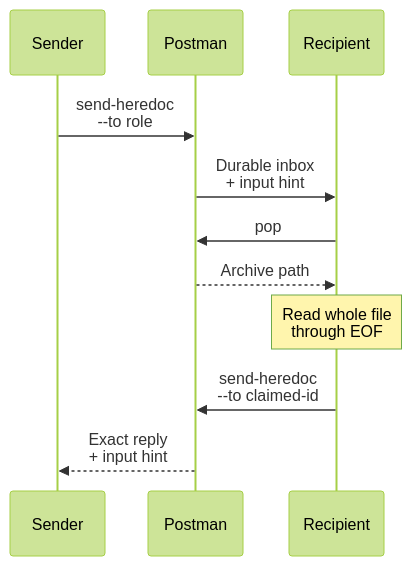
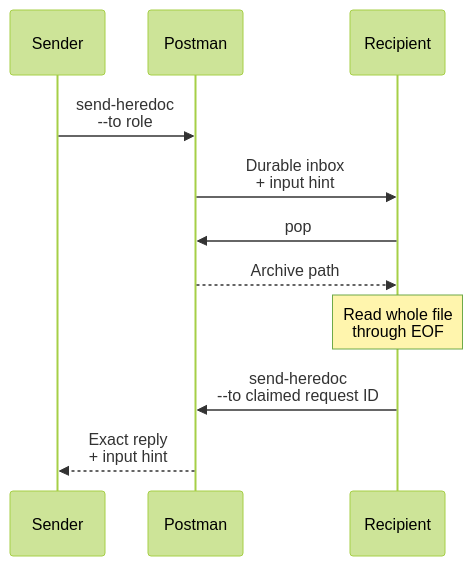
Before and after one commit to i9wa4/tmux-a2a-postman: the fourth of 4 diagrams in README.md, drawn with Mermaid (forest theme). The commit also changed other lines of this file and 12 other files, not shown here.

````diff
--- a/README.md
+++ b/README.md
@@ -63,19 +63,19 @@
 ```mermaid
 ---
 config:
   sequence:
     actorMargin: 20
     width: 95
 ---
 sequenceDiagram
     participant A as Sender
     participant P as Postman
     participant B as Recipient
     A->>P: send-heredoc<br/>--to role
     P->>B: Durable inbox<br/>+ input hint
     B->>P: pop
     P-->>B: Archive path
     Note over B: Read whole file<br/>through EOF
-    B->>P: send-heredoc<br/>--to claimed-id
+    B->>P: send-heredoc<br/>--to claimed request ID
     P-->>A: Exact reply<br/>+ input hint
 ```
````
